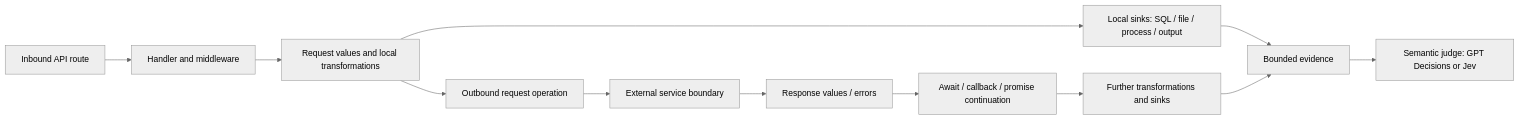
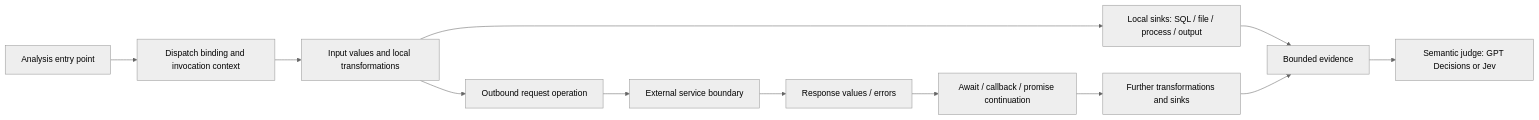
One commit to zazzcode/scan changed the diagram in .zazz/architecture/repository-graph.md. Above: the diagram before and after it, drawn with Mermaid (neutral theme). The commit also changed other lines of this file and 167 other files, not shown here.

Commit message:
refactor: align analysis terminology and document entry-dispatch foundation

````diff
--- a/.zazz/architecture/repository-graph.md
+++ b/.zazz/architecture/repository-graph.md
@@ -22,14 +26,14 @@
 ```mermaid
 flowchart LR
-    In[Inbound API route] --> H[Handler and middleware]
-    H --> V[Request values and local transformations]
+    In[Analysis entry point] --> H[Dispatch binding and invocation context]
+    H --> V[Input values and local transformations]
     V --> Call[Outbound request operation]
     Call --> Remote[External service boundary]
     Remote --> Resp[Response values / errors]
     Resp --> Continue[Await / callback / promise continuation]
     Continue --> Use[Further transformations and sinks]
     V --> Local[Local sinks: SQL / file / process / output]
     Local --> E[Bounded evidence]
     Use --> E
     E --> J[Semantic judge: GPT Decisions or Jev]
 ```
````
